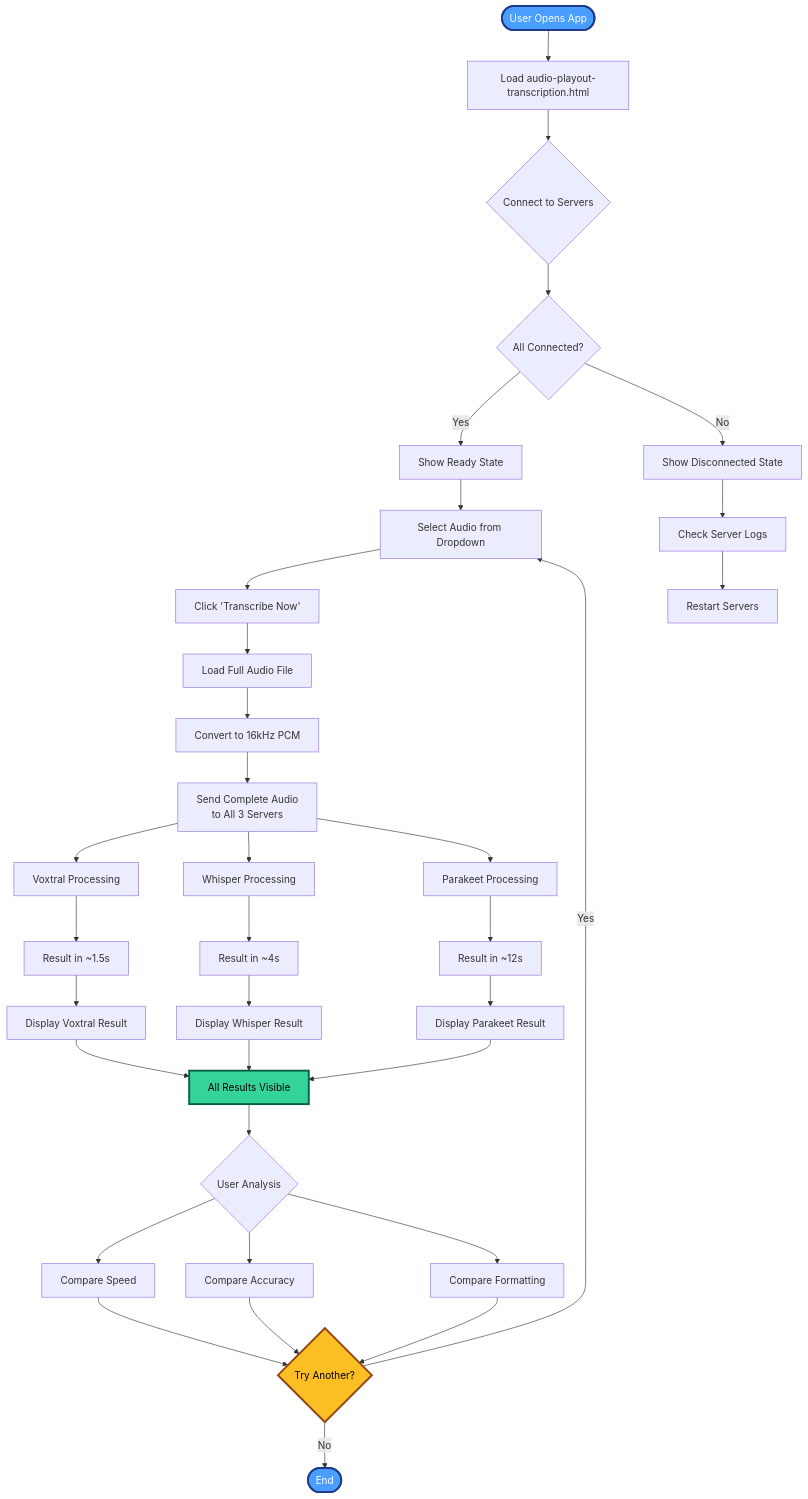
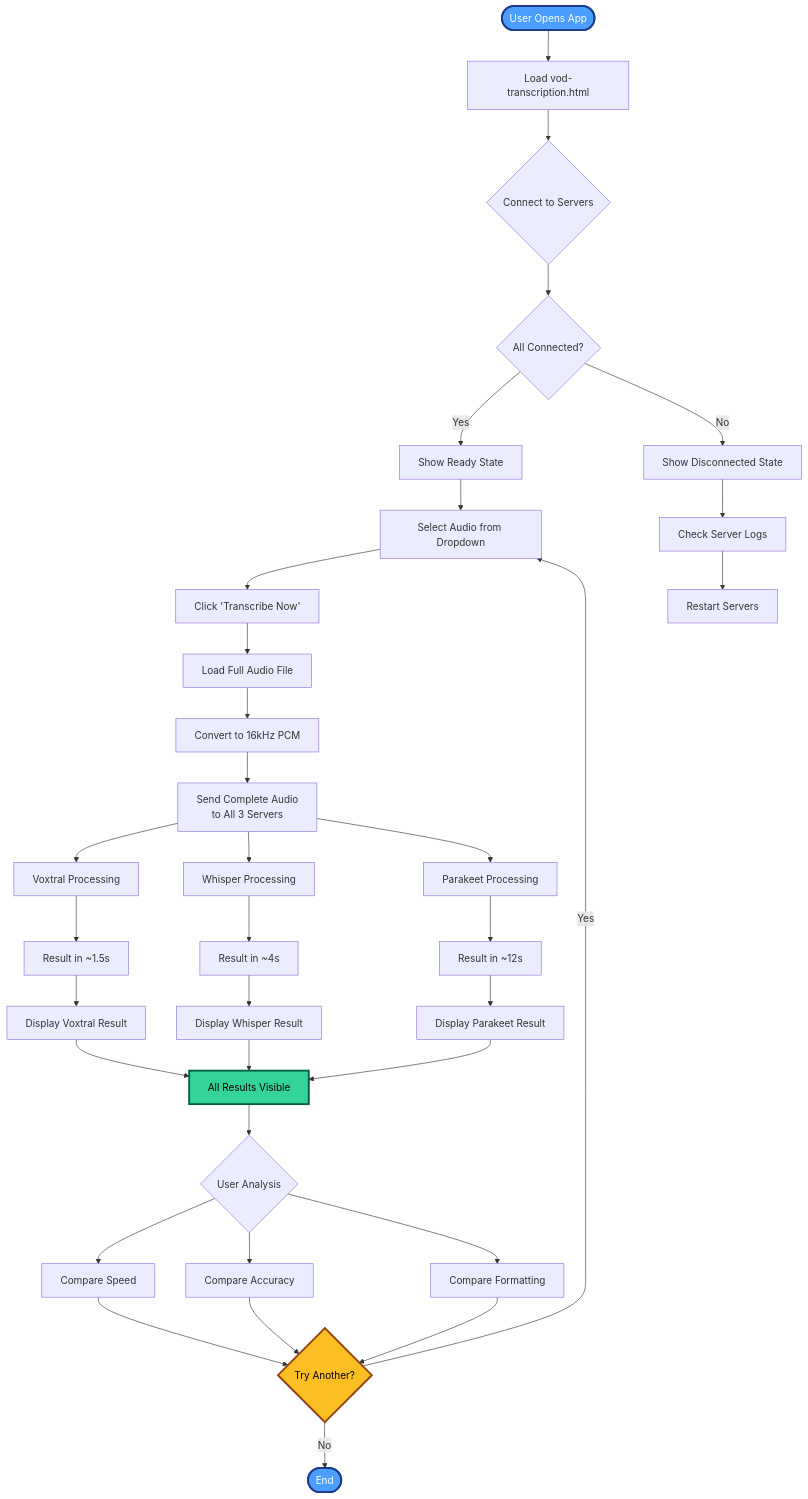
The diagram in assets/comparison-mode-flow.mmd (gjovanov/speech2text), drawn with Mermaid before and after one commit. The commit also changed 16 other files, not shown here.

```diff
--- a/assets/comparison-mode-flow.mmd
+++ b/assets/comparison-mode-flow.mmd
@@ -1,46 +1,46 @@
 flowchart TD
-    Start([User Opens App]) --> LoadPage[Load audio-playout-transcription.html]
+    Start([User Opens App]) --> LoadPage[Load vod-transcription.html]
     LoadPage --> Connect{Connect to Servers}
 
     Connect --> Check{All Connected?}
     Check -->|Yes| Ready[Show Ready State]
     Check -->|No| Error[Show Disconnected State]
 
     Ready --> SelectFile[Select Audio from Dropdown]
     SelectFile --> Button[Click 'Transcribe Now']
 
     Button --> LoadAudio[Load Full Audio File]
     LoadAudio --> Prepare[Convert to 16kHz PCM]
     Prepare --> SendAll[Send Complete Audio<br/>to All 3 Servers]
 
     SendAll --> Process1[Voxtral Processing]
     SendAll --> Process2[Whisper Processing]
     SendAll --> Process3[Parakeet Processing]
 
     Process1 --> Result1[Result in ~1.5s]
     Process2 --> Result2[Result in ~4s]
     Process3 --> Result3[Result in ~12s]
 
     Result1 --> ShowVoxtral[Display Voxtral Result]
     Result2 --> ShowWhisper[Display Whisper Result]
     Result3 --> ShowParakeet[Display Parakeet Result]
 
     ShowVoxtral & ShowWhisper & ShowParakeet --> AllDone[All Results Visible]
 
     AllDone --> Analyze{User Analysis}
     Analyze --> CompareSpeed[Compare Speed]
     Analyze --> CompareAccuracy[Compare Accuracy]
     Analyze --> CompareFormat[Compare Formatting]
 
     CompareSpeed & CompareAccuracy & CompareFormat --> Decision{Try Another?}
 
     Decision -->|Yes| SelectFile
     Decision -->|No| End([End])
 
     Error --> Troubleshoot[Check Server Logs]
     Troubleshoot --> Restart[Restart Servers]
 
     style Start fill:#4a9eff,stroke:#1e3a8a,stroke-width:3px,color:#fff
     style AllDone fill:#34d399,stroke:#065f46,stroke-width:3px,color:#000
     style Decision fill:#fbbf24,stroke:#92400e,stroke-width:3px,color:#000
     style End fill:#4a9eff,stroke:#1e3a8a,stroke-width:3px,color:#fff
```
